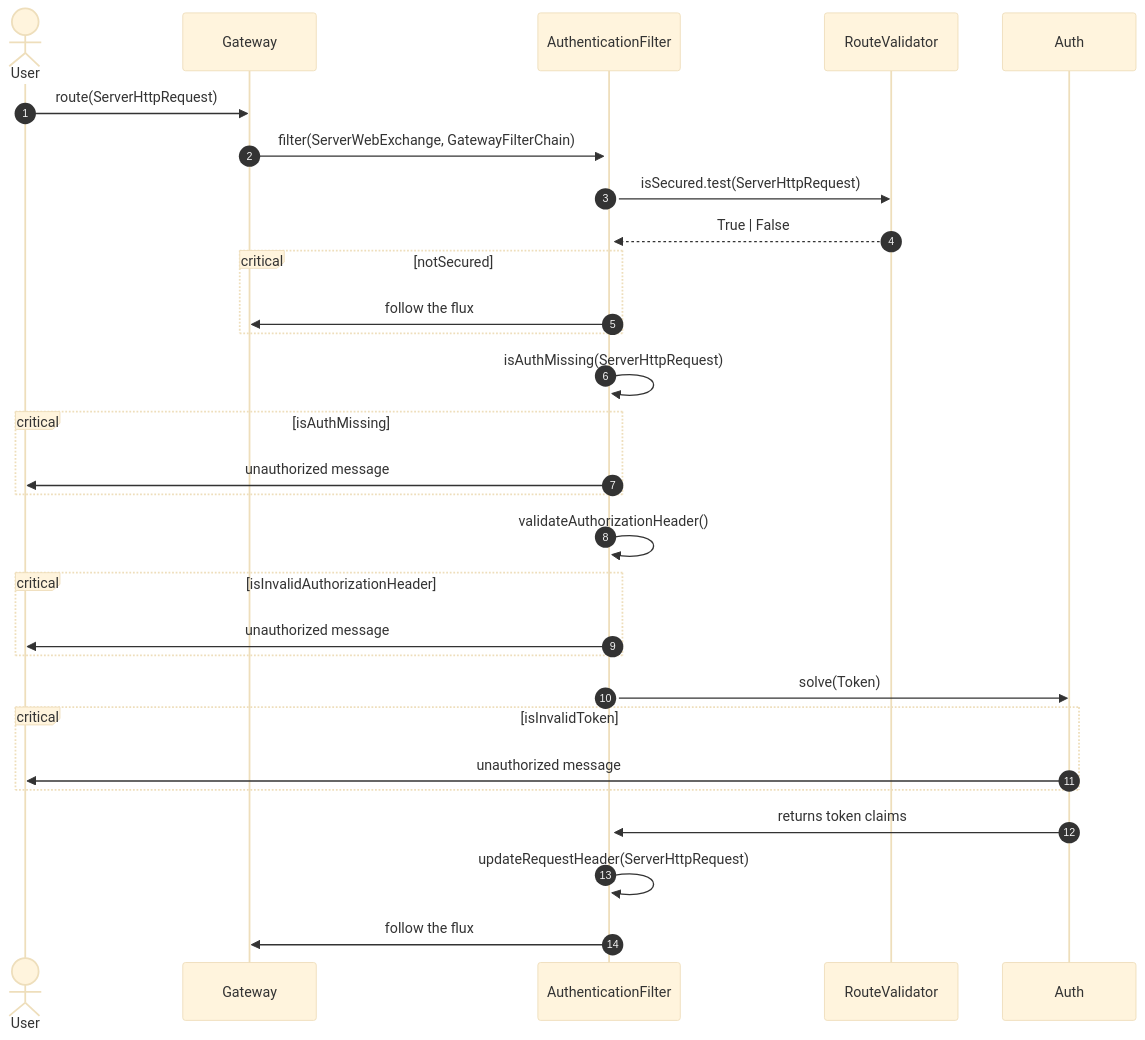
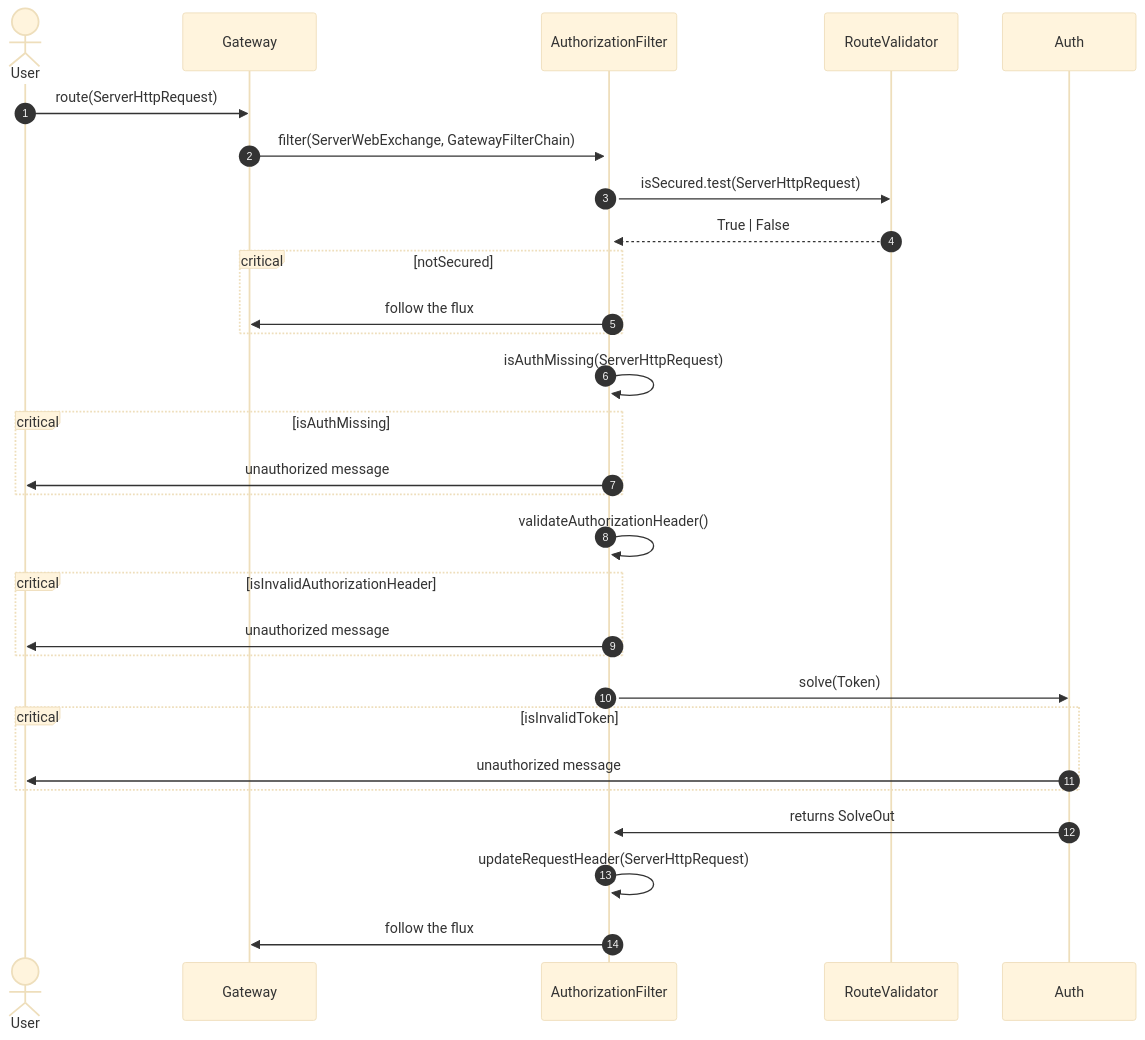
Before and after one commit to laupontiroli/platform_api-serv: the sixth of 6 diagrams in docs/checkpoints/checkpoint3.md, drawn with Mermaid (base theme). The commit also changed other lines of this file and 14 other files, not shown here.

Commit message:
solve token and update header with id-account

````diff
--- a/docs/checkpoints/checkpoint3.md
+++ b/docs/checkpoints/checkpoint3.md
@@ -186,27 +186,27 @@
 ``` mermaid
 sequenceDiagram
   autonumber
   actor User
   User->>Gateway: route(ServerHttpRequest)
-  Gateway->>+AuthenticationFilter: filter(ServerWebExchange, GatewayFilterChain)
-  AuthenticationFilter->>RouteValidator: isSecured.test(ServerHttpRequest)
-  RouteValidator-->>AuthenticationFilter: True | False
+  Gateway->>+AuthorizationFilter: filter(ServerWebExchange, GatewayFilterChain)
+  AuthorizationFilter->>RouteValidator: isSecured.test(ServerHttpRequest)
+  RouteValidator-->>AuthorizationFilter: True | False
   critical notSecured
-    AuthenticationFilter->>Gateway: follow the flux
+    AuthorizationFilter->>Gateway: follow the flux
   end
-  AuthenticationFilter->>AuthenticationFilter: isAuthMissing(ServerHttpRequest)
+  AuthorizationFilter->>AuthorizationFilter: isAuthMissing(ServerHttpRequest)
   critical isAuthMissing
-    AuthenticationFilter->>User: unauthorized message
+    AuthorizationFilter->>User: unauthorized message
   end
-  AuthenticationFilter->>AuthenticationFilter: validateAuthorizationHeader()
+  AuthorizationFilter->>AuthorizationFilter: validateAuthorizationHeader()
   critical isInvalidAuthorizationHeader
-    AuthenticationFilter->>User: unauthorized message
+    AuthorizationFilter->>User: unauthorized message
   end
-  AuthenticationFilter->>Auth: solve(Token)
+  AuthorizationFilter->>Auth: solve(Token)
   critical isInvalidToken
     Auth->>User: unauthorized message
   end
-  Auth->>AuthenticationFilter: returns token claims
-  AuthenticationFilter->>AuthenticationFilter: updateRequestHeader(ServerHttpRequest)
-  AuthenticationFilter->>Gateway: follow the flux
+  Auth->>AuthorizationFilter: returns SolveOut
+  AuthorizationFilter->>AuthorizationFilter: updateRequestHeader(ServerHttpRequest)
+  AuthorizationFilter->>Gateway: follow the flux
 ```
````
